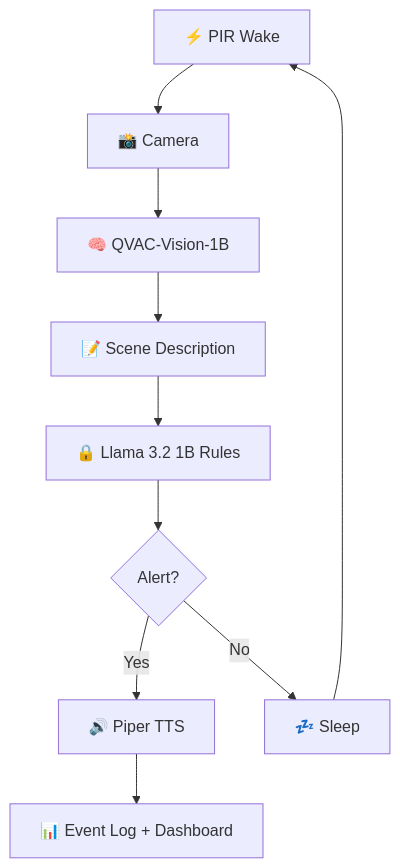
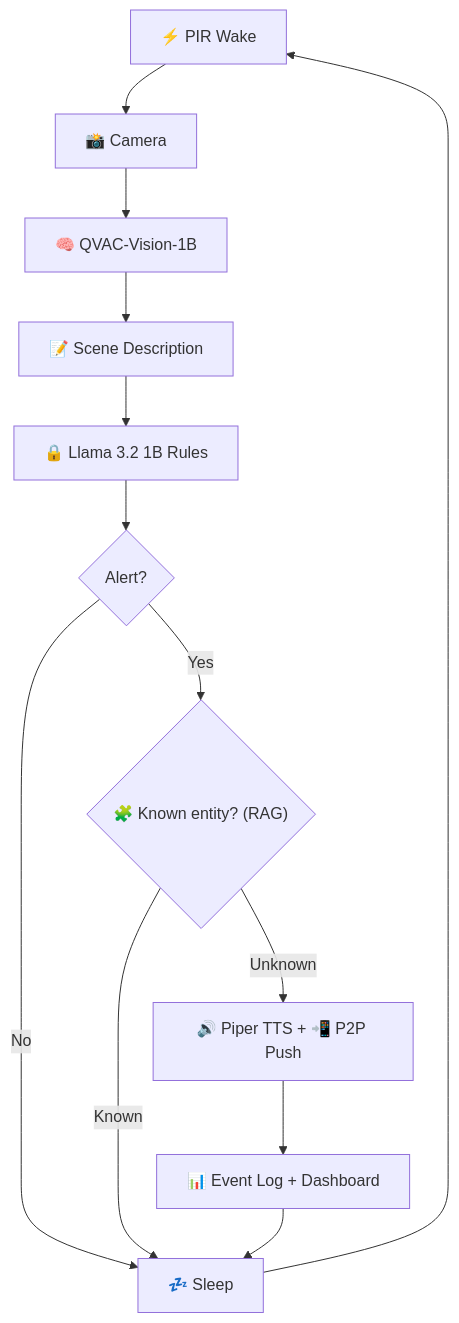
One commit to edycutjong/scarecrow changed the diagram in README.md. Above: the diagram before and after it, drawn with Mermaid. The commit also changed other lines of this file and 4 other files, not shown here.

````diff
--- a/README.md
+++ b/README.md
@@ -38,12 +71,15 @@
 ```mermaid
 flowchart TD
     A["⚡ PIR Wake"] --> B["📸 Camera"]
     B --> C["🧠 QVAC-Vision-1B"]
     C --> D["📝 Scene Description"]
     D --> E["🔒 Llama 3.2 1B Rules"]
     E --> F{"Alert?"}
-    F -- Yes --> G["🔊 Piper TTS"]
+    F -- Yes --> K{"🧩 Known entity? (RAG)"}
     F -- No --> H["💤 Sleep"]
+    K -- Known --> H
+    K -- Unknown --> G["🔊 Piper TTS + 📲 P2P Push"]
     G --> I["📊 Event Log + Dashboard"]
+    I --> H
     H --> A
 ```
````
